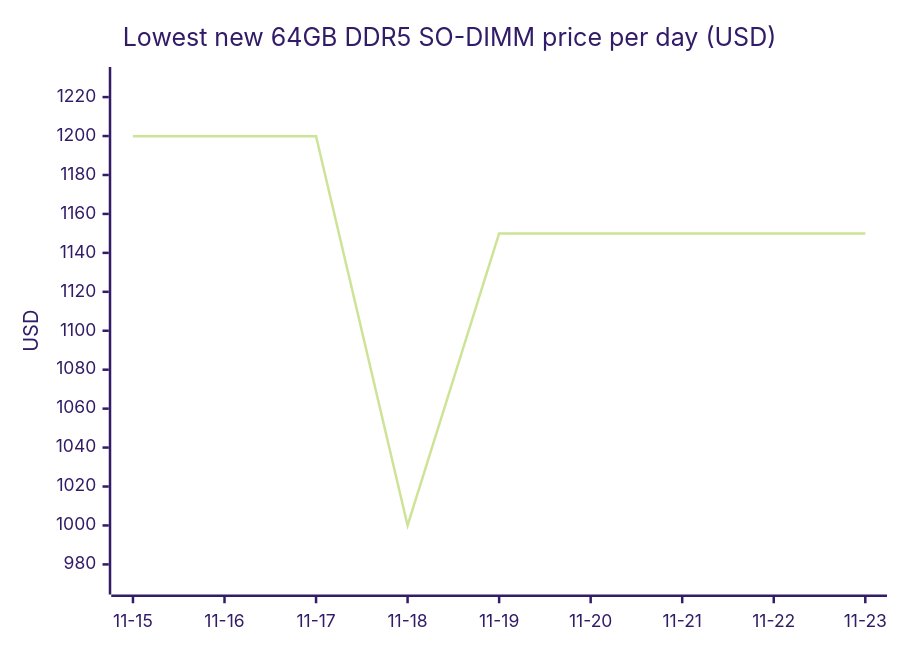
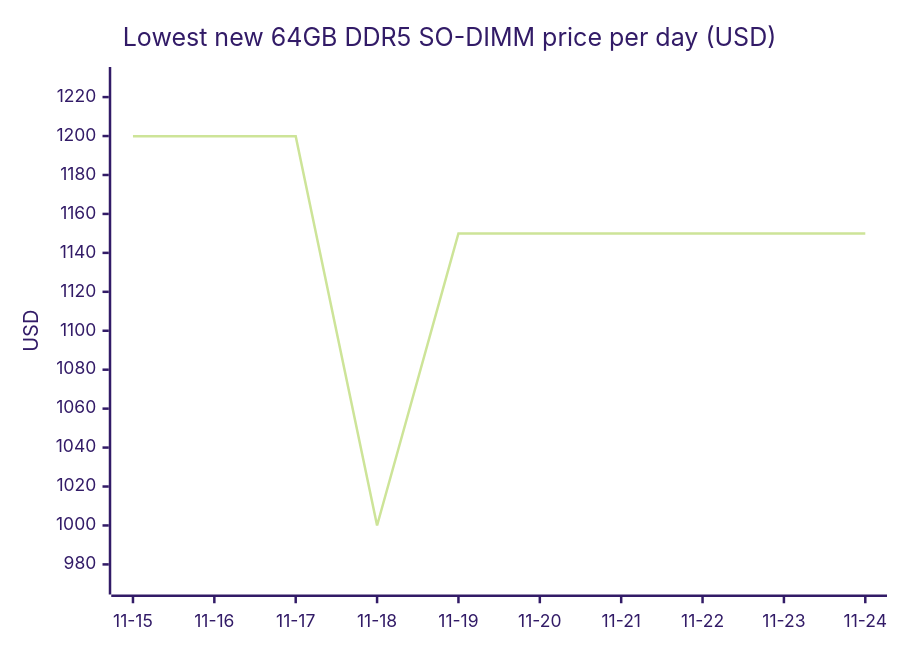
One commit to 7324136828/4tb_ssd_price_watch changed the third of 18 diagrams in README.md. Above: the diagram before and after it, drawn with Mermaid (forest theme). The commit also changed other lines of this file, not shown here.

````diff
--- a/README.md
+++ b/README.md
@@ -744,7 +801,7 @@
 ```mermaid
 xychart-beta
     title "Lowest new 64GB DDR5 SO-DIMM price per day (USD)"
-    x-axis ["11-15", "11-16", "11-17", "11-18", "11-19", "11-20", "11-21", "11-22", "11-23"]
+    x-axis ["11-15", "11-16", "11-17", "11-18", "11-19", "11-20", "11-21", "11-22", "11-23", "11-24"]
     y-axis "USD" 970 --> 1230
-    line [1199.89, 1199.89, 1199.89, 1000.00, 1149.99, 1149.99, 1149.99, 1149.99, 1149.99]
+    line [1199.89, 1199.89, 1199.89, 1000.00, 1149.99, 1149.99, 1149.99, 1149.99, 1149.99, 1149.99]
 ```
````
